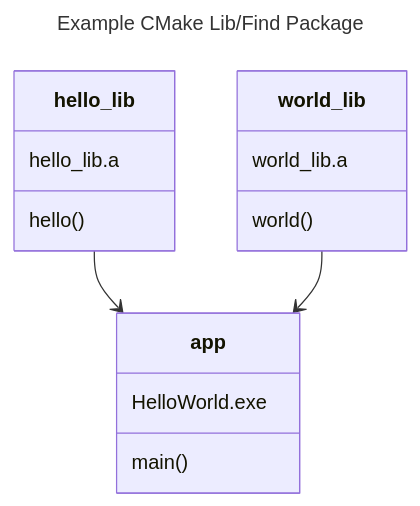
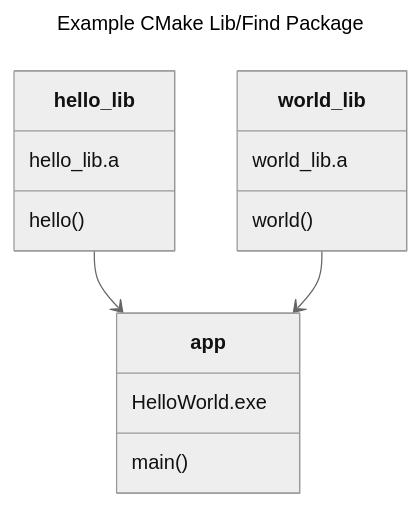
One commit to NateZimmer/cmake_reference changed the diagram in readme.md. Above: the diagram before and after it, drawn with Mermaid.

Commit message:
tweak readme.md

````diff
--- a/readme.md
+++ b/readme.md
@@ -6,14 +6,16 @@
 ```mermaid
 ---
 title: Example CMake Lib/Find Package
+config:
+  theme: 'neutral'
 ---
 classDiagram
 app : main()
 app : HelloWorld.exe
 hello_lib : hello()
 hello_lib : hello_lib.a
 hello_lib -->app
 world_lib : world()
 world_lib : world_lib.a
 world_lib -->app
 ```
````
